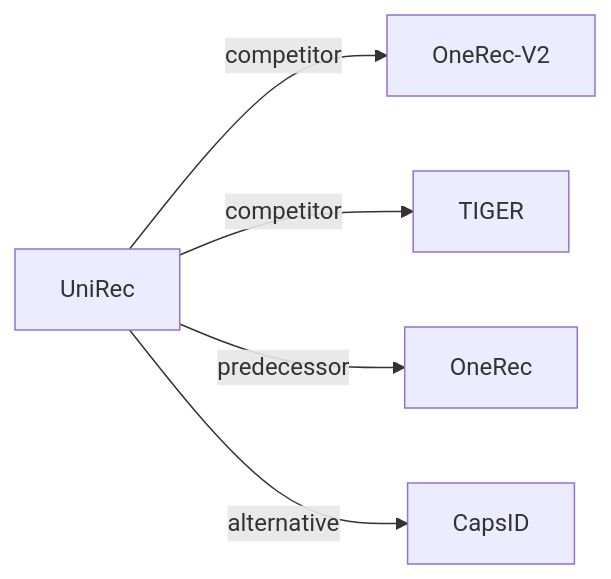
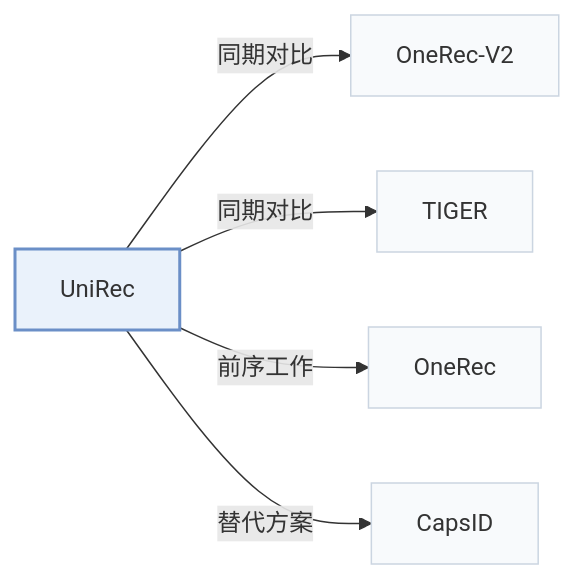
One commit to Galaxy-ghost/Awesome-SID-Generative-Rec changed the second of 2 diagrams in pages/zh/papers/unirec.md. Above: the diagram before and after it, drawn with Mermaid. The commit also changed other lines of this file and 649 other files, not shown here.

Commit message:
writer-05: also tags and modality index (schema, check, build, visuals); summary field removed; calibration data for 12 papers

````diff
--- a/pages/zh/papers/unirec.md
+++ b/pages/zh/papers/unirec.md
@@ -69,8 +74,12 @@
 ```mermaid
 flowchart LR
     P["UniRec"]
-    P -->|competitor| A["OneRec-V2"]
-    P -->|competitor| B["TIGER"]
-    P -->|predecessor| C["OneRec"]
-    P -->|alternative| D["CapsID"]
+    P -->|"同期对比"| A["OneRec-V2"]
+    P -->|"同期对比"| B["TIGER"]
+    P -->|"前序工作"| C["OneRec"]
+    P -->|"替代方案"| D["CapsID"]
+    classDef main fill:#eaf2fb,stroke:#6b8fc7,stroke-width:2px
+    classDef peer fill:#f8fafc,stroke:#cbd5e1
+    class P main
+    class A,B,C,D peer
 ```
````
